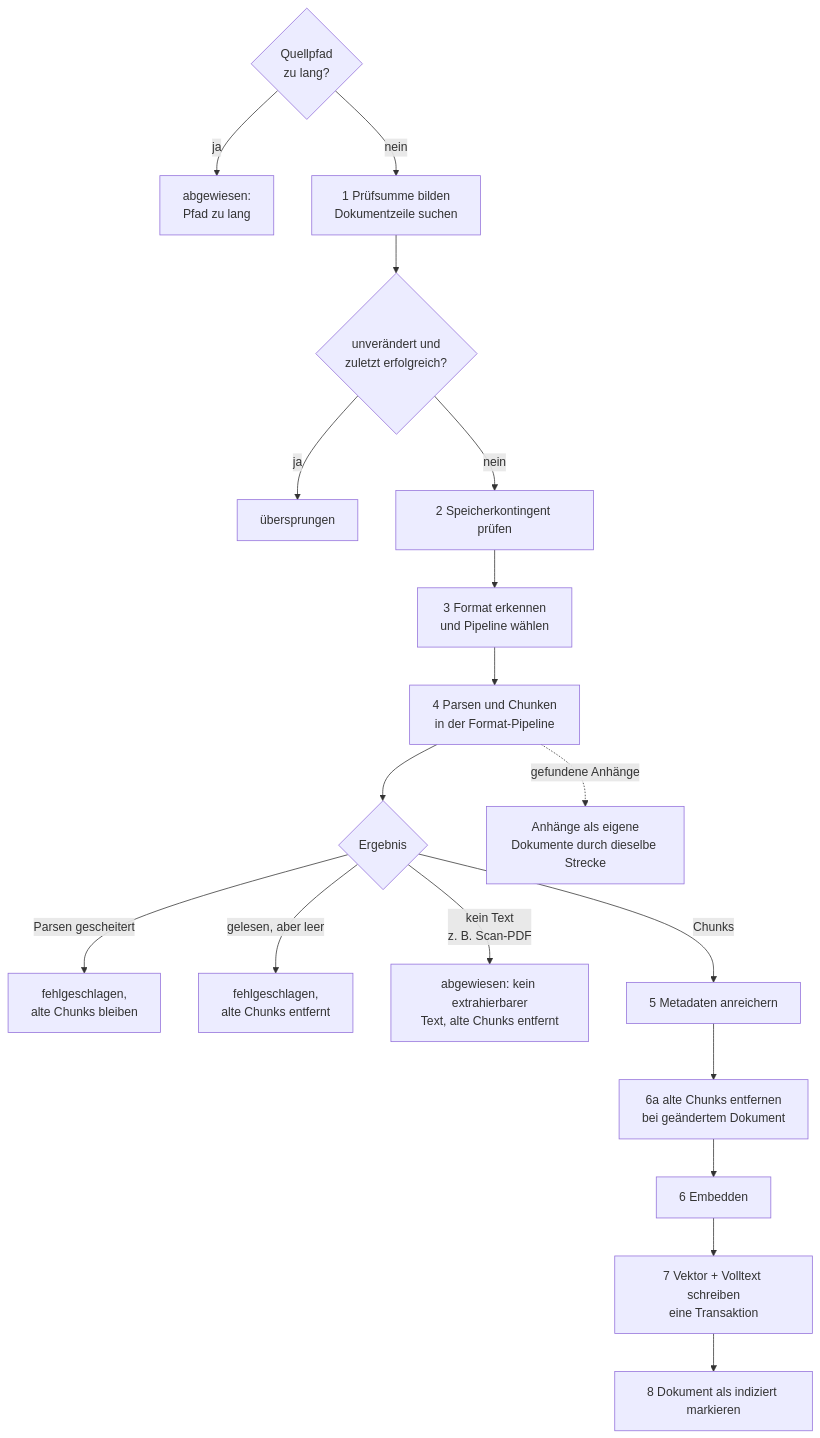
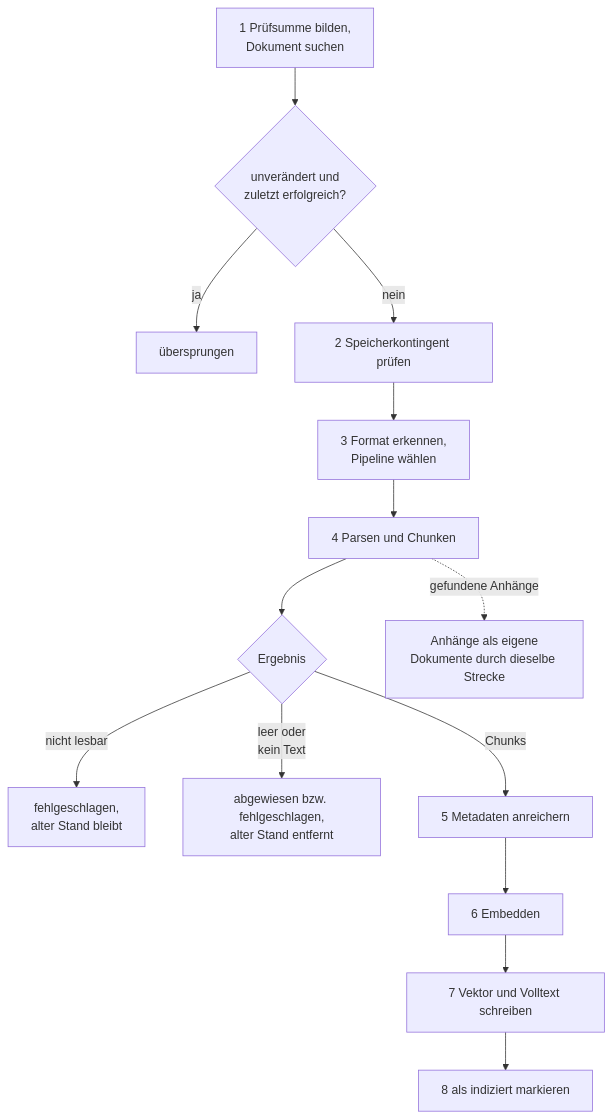
Before and after one commit to criew/opaa: the fourth of 6 diagrams in docs/handbuch/indexierung.md, drawn with Mermaid. The commit also changed other lines of this file and 21 other files, not shown here.

````diff
--- a/docs/handbuch/indexierung.md
+++ b/docs/handbuch/indexierung.md
@@ -418,20 +296,16 @@
 ```mermaid
 flowchart TB
-    P{Quellpfad<br/>zu lang?} -- ja --> PL[abgewiesen:<br/>Pfad zu lang]
-    P -- nein --> S1[1 Prüfsumme bilden<br/>Dokumentzeile suchen]
-    S1 --> Q{unverändert und<br/>zuletzt erfolgreich?}
+    S1[1 Prüfsumme bilden,<br/>Dokument suchen] --> Q{unverändert und<br/>zuletzt erfolgreich?}
     Q -- ja --> SK[übersprungen]
     Q -- nein --> S2[2 Speicherkontingent prüfen]
-    S2 --> S3[3 Format erkennen<br/>und Pipeline wählen]
-    S3 --> S4[4 Parsen und Chunken<br/>in der Format-Pipeline]
+    S2 --> S3[3 Format erkennen,<br/>Pipeline wählen]
+    S3 --> S4[4 Parsen und Chunken]
     S4 --> R{Ergebnis}
-    R -- Parsen gescheitert --> FP[fehlgeschlagen,<br/>alte Chunks bleiben]
-    R -- gelesen, aber leer --> FA[fehlgeschlagen,<br/>alte Chunks entfernt]
-    R -- kein Text<br/>z. B. Scan-PDF --> NT[abgewiesen: kein extrahierbarer<br/>Text, alte Chunks entfernt]
+    R -- nicht lesbar --> FP[fehlgeschlagen,<br/>alter Stand bleibt]
+    R -- leer oder<br/>kein Text --> FA[abgewiesen bzw. fehlgeschlagen,<br/>alter Stand entfernt]
     R -- Chunks --> S5[5 Metadaten anreichern]
-    S5 --> S6b[6a alte Chunks entfernen<br/>bei geändertem Dokument]
-    S6b --> S6[6 Embedden]
-    S6 --> S7[7 Vektor + Volltext schreiben<br/>eine Transaktion]
-    S7 --> S8[8 Dokument als indiziert markieren]
+    S5 --> S6[6 Embedden]
+    S6 --> S7[7 Vektor und Volltext schreiben]
+    S7 --> S8[8 als indiziert markieren]
     S4 -. gefundene Anhänge .-> AT[Anhänge als eigene<br/>Dokumente durch dieselbe Strecke]
 ```
````
